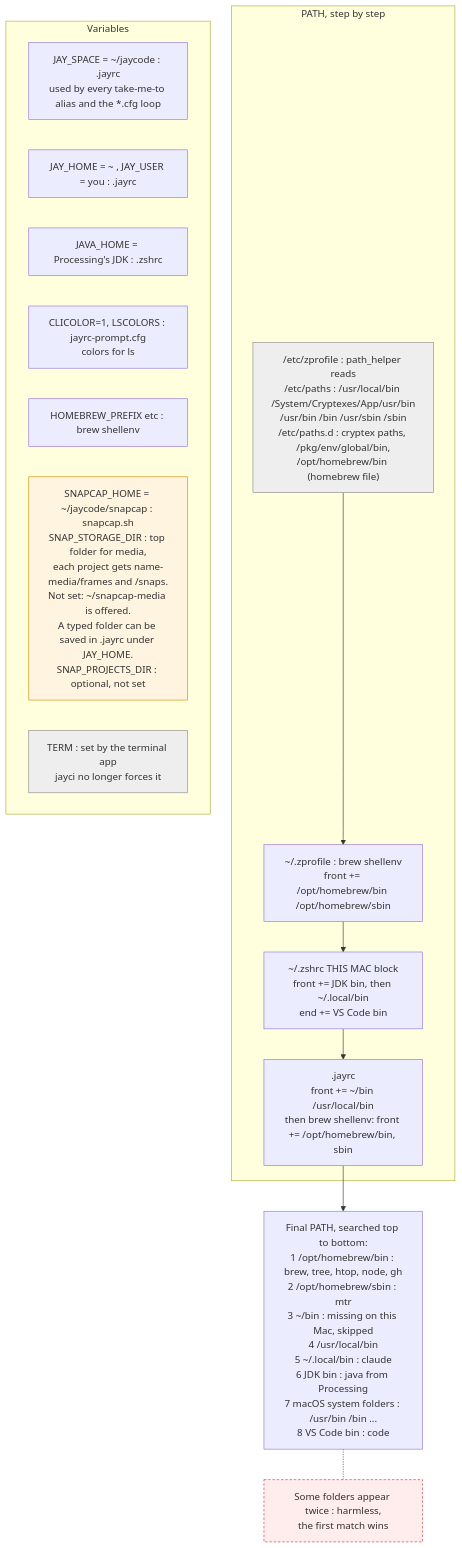
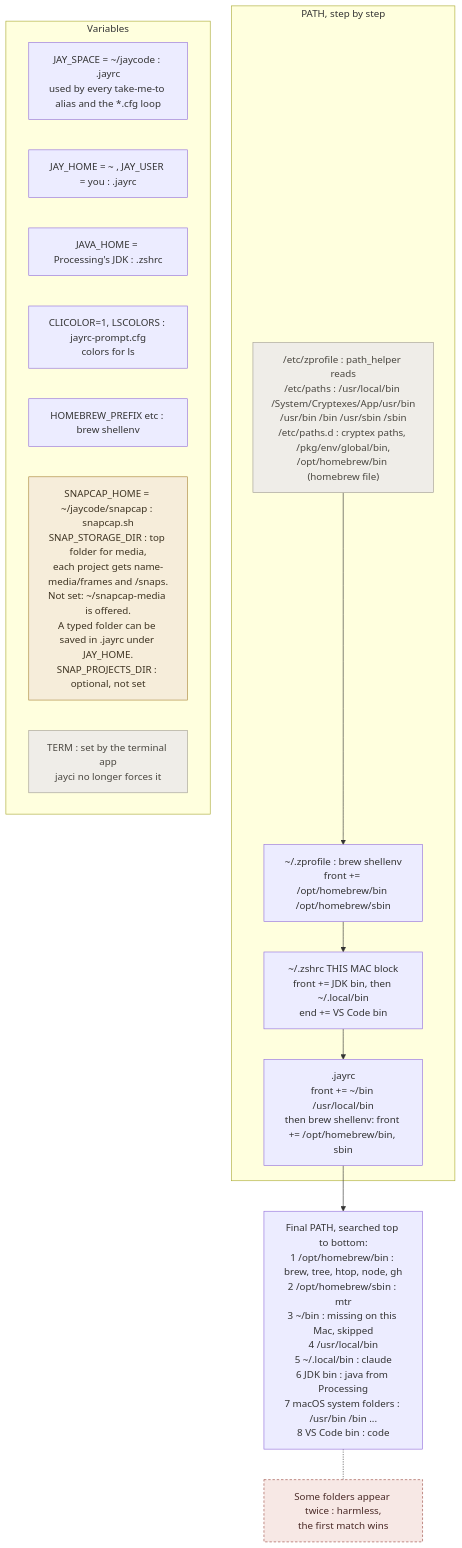
One commit to jaycody/jayci changed the diagram in docs/diagrams/7-path-and-variables.mmd. Above: the diagram before and after it, drawn with Mermaid. The commit also changed 34 other files, not shown here.

First line of the commit message:
README: plain-language opening, big-idea diagrams, new diagram look

```diff
--- a/docs/diagrams/7-path-and-variables.mmd
+++ b/docs/diagrams/7-path-and-variables.mmd
@@ -1,30 +1,37 @@
 %% 7. How PATH is built (top runs first) and who sets each variable.
 %% Final PATH verified 2026-11-09 (gh added 2026-11-10) with a clean login shell on this Mac.
 flowchart TD
     subgraph BUILD ["PATH, step by step"]
         P1["/etc/zprofile : path_helper reads<br/>/etc/paths : /usr/local/bin /System/Cryptexes/App/usr/bin<br/>/usr/bin /bin /usr/sbin /sbin<br/>/etc/paths.d : cryptex paths, /pkg/env/global/bin,<br/>/opt/homebrew/bin (homebrew file)"]
         P2["~/.zprofile : brew shellenv<br/>front += /opt/homebrew/bin /opt/homebrew/sbin"]
         P3["~/.zshrc THIS MAC block<br/>front += JDK bin, then ~/.local/bin<br/>end += VS Code bin"]
         P4[".jayrc<br/>front += ~/bin /usr/local/bin<br/>then brew shellenv: front += /opt/homebrew/bin, sbin"]
         P1 --> P2 --> P3 --> P4
     end
 
     P4 --> FINAL["Final PATH, searched top to bottom:<br/>1 /opt/homebrew/bin : brew, tree, htop, node, gh<br/>2 /opt/homebrew/sbin : mtr<br/>3 ~/bin : missing on this Mac, skipped<br/>4 /usr/local/bin<br/>5 ~/.local/bin : claude<br/>6 JDK bin : java from Processing<br/>7 macOS system folders : /usr/bin /bin ...<br/>8 VS Code bin : code"]
     FINAL -.- Q1["Some folders appear twice : harmless,<br/>the first match wins"]
 
     subgraph VARS ["Variables"]
         V1["JAY_SPACE = ~/jaycode : .jayrc<br/>used by every take-me-to alias and the *.cfg loop"]
         V2["JAY_HOME = ~ , JAY_USER = you : .jayrc"]
         V3["JAVA_HOME = Processing's JDK : .zshrc"]
         V4["CLICOLOR=1, LSCOLORS : jayrc-prompt.cfg<br/>colors for ls"]
         V5["HOMEBREW_PREFIX etc : brew shellenv"]
         V6["SNAPCAP_HOME = ~/jaycode/snapcap : snapcap.sh<br/>SNAP_STORAGE_DIR : top folder for media,<br/>each project gets name-media/frames and /snaps.<br/>Not set: ~/snapcap-media is offered.<br/>A typed folder can be saved in .jayrc under JAY_HOME.<br/>SNAP_PROJECTS_DIR : optional, not set"]
         V7["TERM : set by the terminal app<br/>jayci no longer forces it"]
     end
 
-    classDef ext fill:#fff4e0,stroke:#d08a00,color:#333
-    classDef sys fill:#eeeeee,stroke:#888,color:#333
-    classDef quirk fill:#ffecec,stroke:#c33,color:#333,stroke-dasharray: 4 3
+    classDef ext fill:#F6EDDA,stroke:#A9843A,color:#3D3322
+    classDef sys fill:#EFEDE8,stroke:#A39E93,color:#4A4740
+    classDef quirk fill:#F7E8E5,stroke:#9B4A43,color:#4A2A27,stroke-dasharray: 4 3
     class V6 ext
     class P1,V7 sys
     class Q1 quirk
+
+%% FOSSIL RECORD
+%% 2026-11-10: new shared look (theme.json, theme.css); these colors
+%% changed to match its palette.
+%%     classDef ext fill:#fff4e0,stroke:#d08a00,color:#333
+%%     classDef sys fill:#eeeeee,stroke:#888,color:#333
+%%     classDef quirk fill:#ffecec,stroke:#c33,color:#333,stroke-dasharray: 4 3
```
